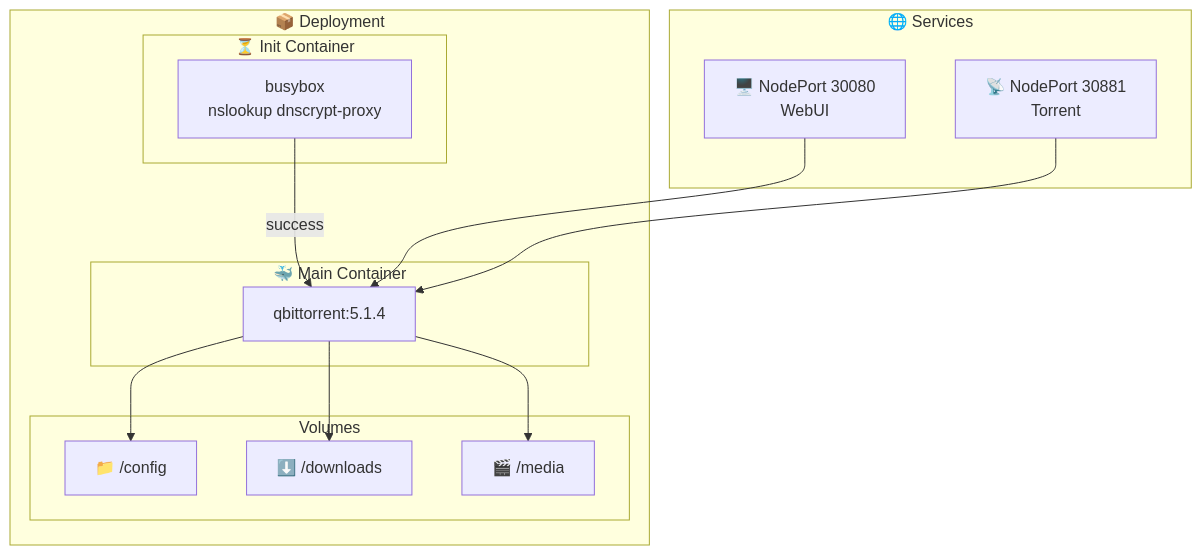
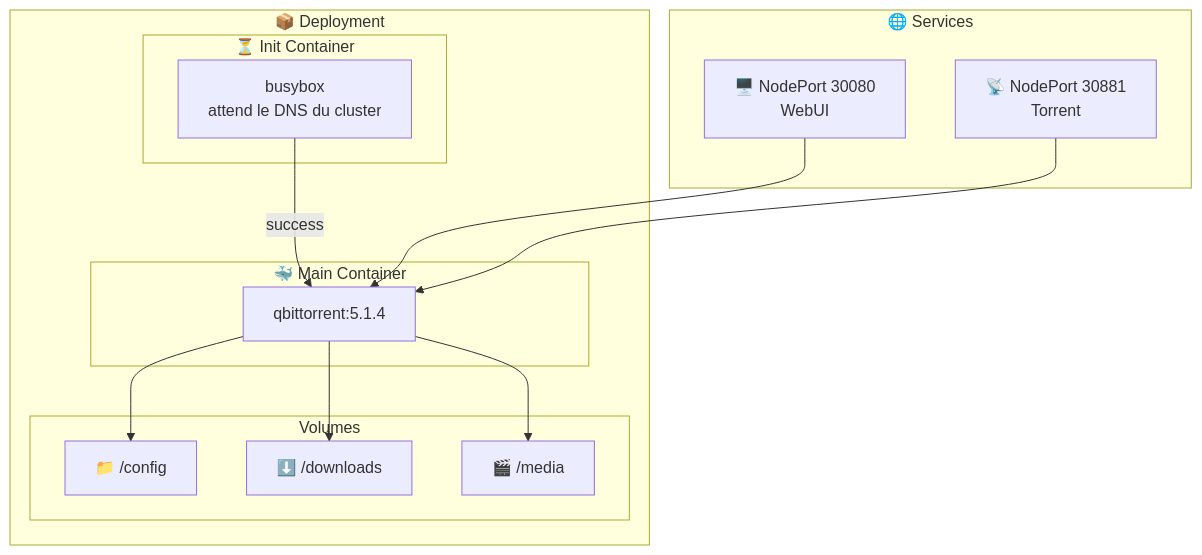
One commit to muchiny/media-stack-k8s changed the second of 4 diagrams in charts/qbittorrent/README.md. Above: the diagram before and after it, drawn with Mermaid. The commit also changed other lines of this file and 20 other files, not shown here.

````diff
--- a/charts/qbittorrent/README.md
+++ b/charts/qbittorrent/README.md
@@ -91,27 +88,27 @@
 ```mermaid
 flowchart TB
     subgraph "📦 Deployment"
         subgraph "⏳ Init Container"
-            Init[busybox<br/>nslookup dnscrypt-proxy]
+            Init[busybox<br/>attend le DNS du cluster]
         end
 
         subgraph "🐳 Main Container"
             QB[qbittorrent:5.1.4]
         end
 
         subgraph "Volumes"
             V1[📁 /config]
             V2[⬇️ /downloads]
             V3[🎬 /media]
         end
     end
 
     subgraph "🌐 Services"
         WebUI[🖥️ NodePort 30080<br/>WebUI]
         Torrent[📡 NodePort 30881<br/>Torrent]
     end
 
     Init -->|"success"| QB
     QB --> V1 & V2 & V3
     WebUI & Torrent --> QB
 ```
````
